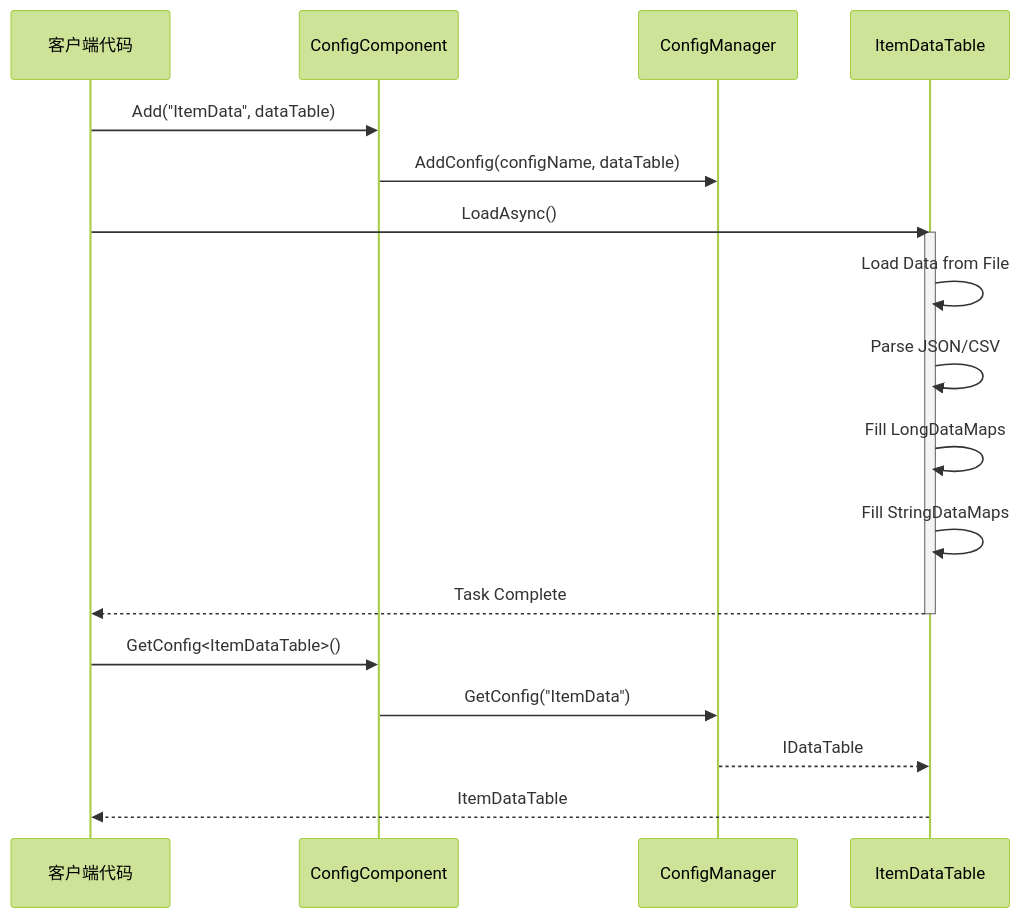
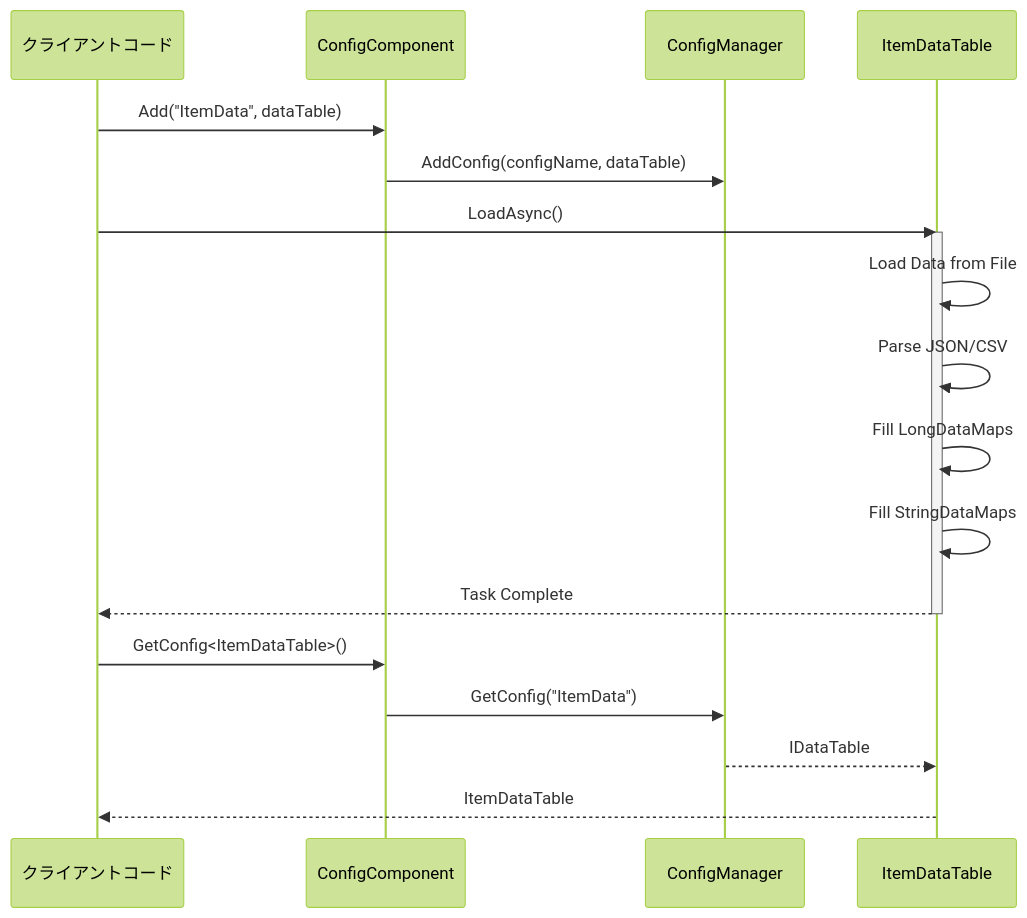
The second of 2 diagrams in docs/ja/client/unity/component/config/08.data-table-definition.md (AlianBlank/GameFrameX.Docs), drawn with Mermaid (forest theme) before and after one commit. The commit also changed other lines of this file and 320 other files, not shown here.

````diff
--- a/docs/ja/client/unity/component/config/08.data-table-definition.md
+++ b/docs/ja/client/unity/component/config/08.data-table-definition.md
@@ -245,24 +245,24 @@
 ```mermaid
 sequenceDiagram
-    participant Client as 客户端代码
+    participant Client as クライアントコード
     participant ConfigComp as ConfigComponent
     participant ConfigMgr as ConfigManager
     participant DataTable as ItemDataTable
     
     Client->>ConfigComp: Add("ItemData", dataTable)
     ConfigComp->>ConfigMgr: AddConfig(configName, dataTable)
     
     Client->>DataTable: LoadAsync()
     activate DataTable
     DataTable->>DataTable: Load Data from File
     DataTable->>DataTable: Parse JSON/CSV
     DataTable->>DataTable: Fill LongDataMaps
     DataTable->>DataTable: Fill StringDataMaps
     DataTable-->>Client: Task Complete
     deactivate DataTable
     
     Client->>ConfigComp: GetConfig<ItemDataTable>()
     ConfigComp->>ConfigMgr: GetConfig("ItemData")
     ConfigMgr-->>DataTable: IDataTable
     DataTable-->>Client: ItemDataTable
 ```
````
